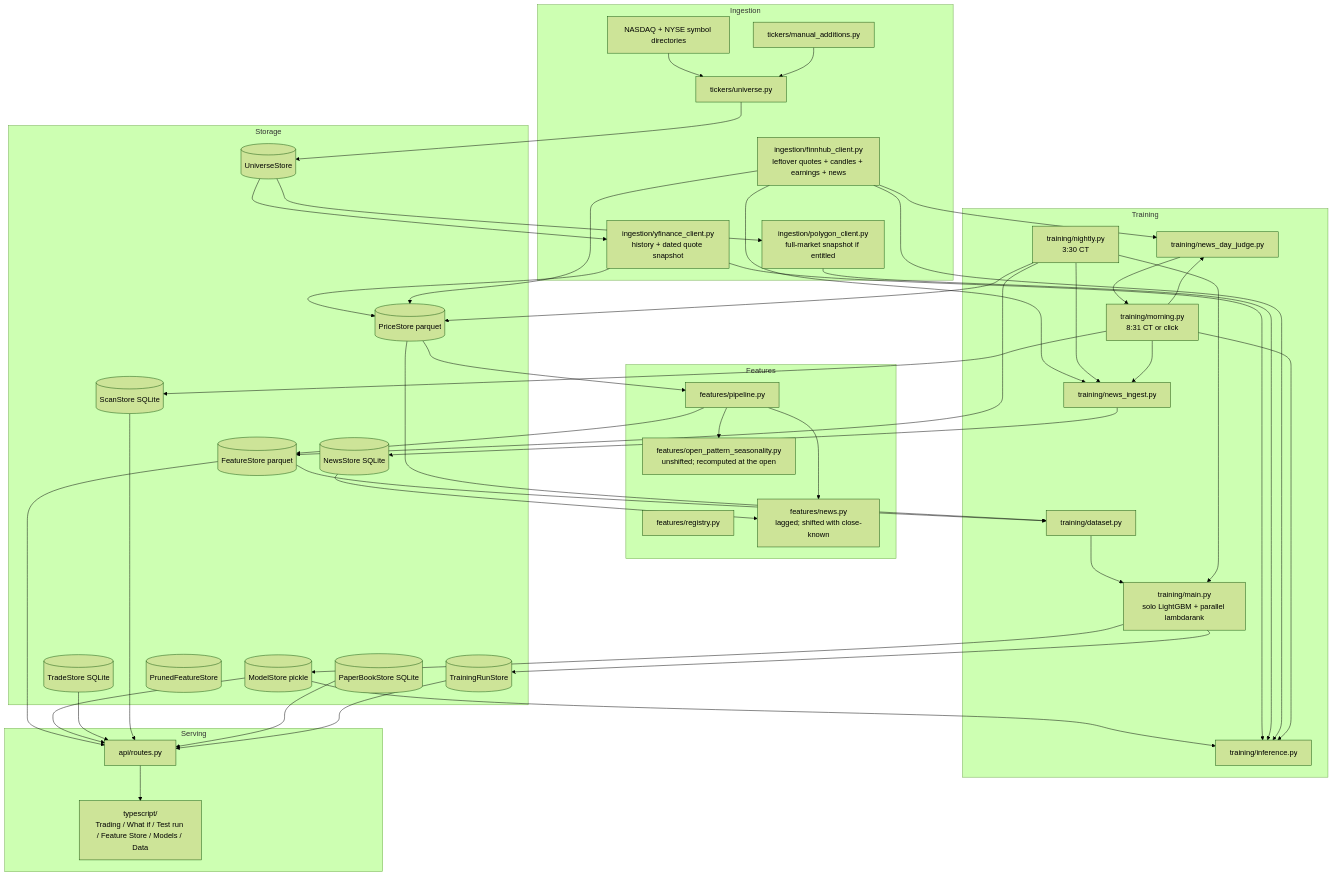
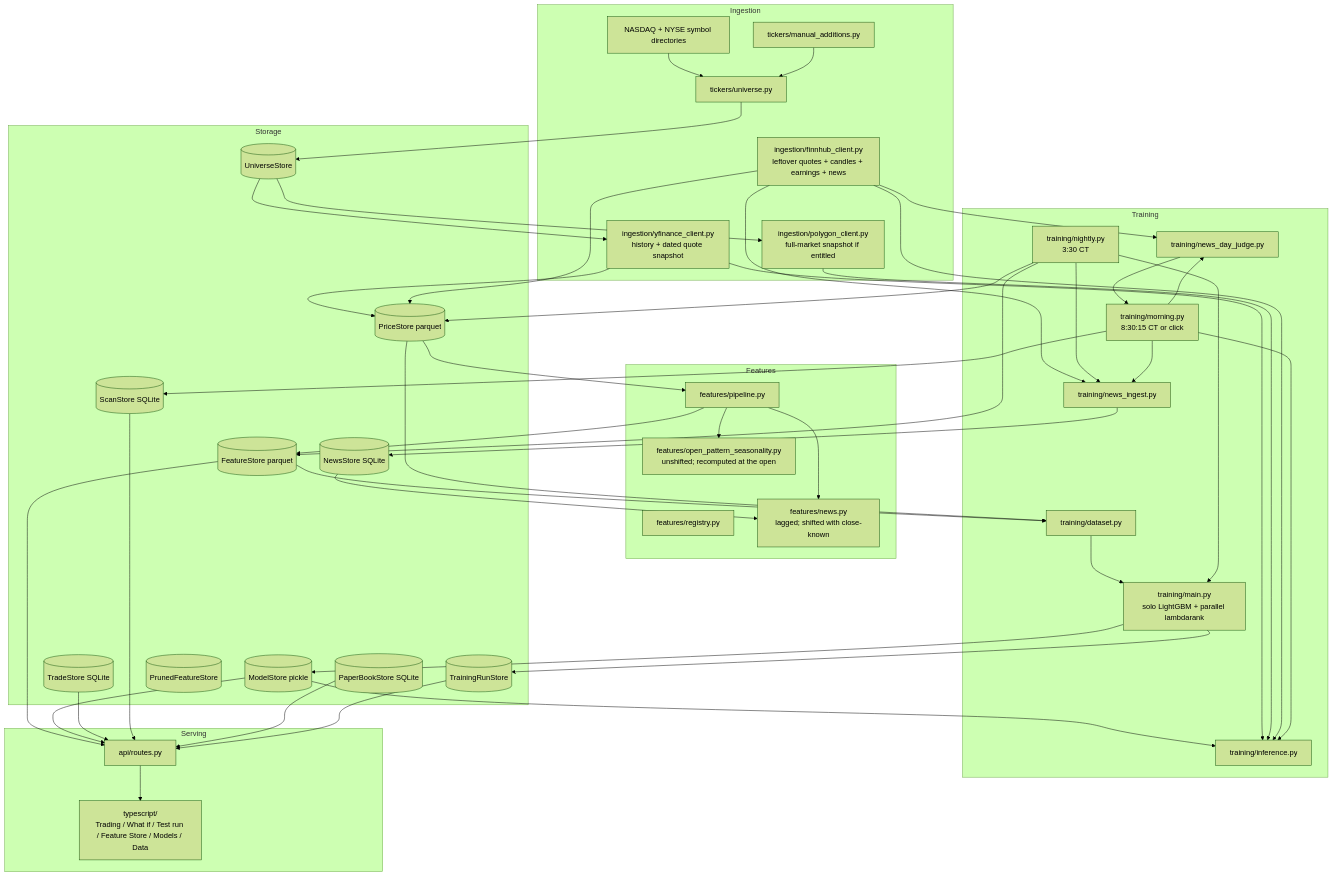
The diagram in README.md (fartzy/stock-picker), drawn with Mermaid (forest theme) before and after one commit. The commit also changed other lines of this file and 2 other files, not shown here.

First line of the commit message:
Document weekday morning scoring at 8:30:15 CT (#126)

```diff
--- a/README.md
+++ b/README.md
@@ -61,7 +61,7 @@
         TRAIN["training/main.py<br/>solo LightGBM + parallel lambdarank"]
         INFER["training/inference.py"]
         NIGHT["training/nightly.py<br/>3:30 CT"]
-        MORN["training/morning.py<br/>8:31 CT or click"]
+        MORN["training/morning.py<br/>8:30:15 CT or click"]
         NEWS["training/news_day_judge.py"]
         INGEST["training/news_ingest.py"]
     end
```
